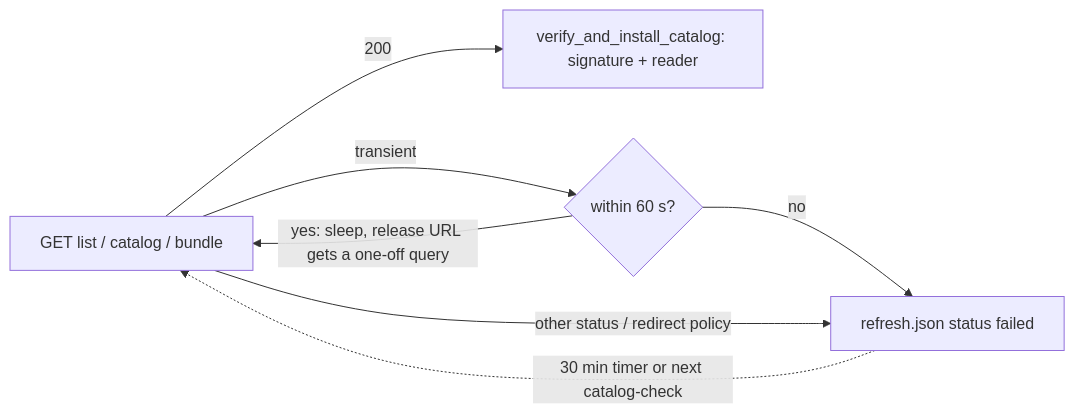
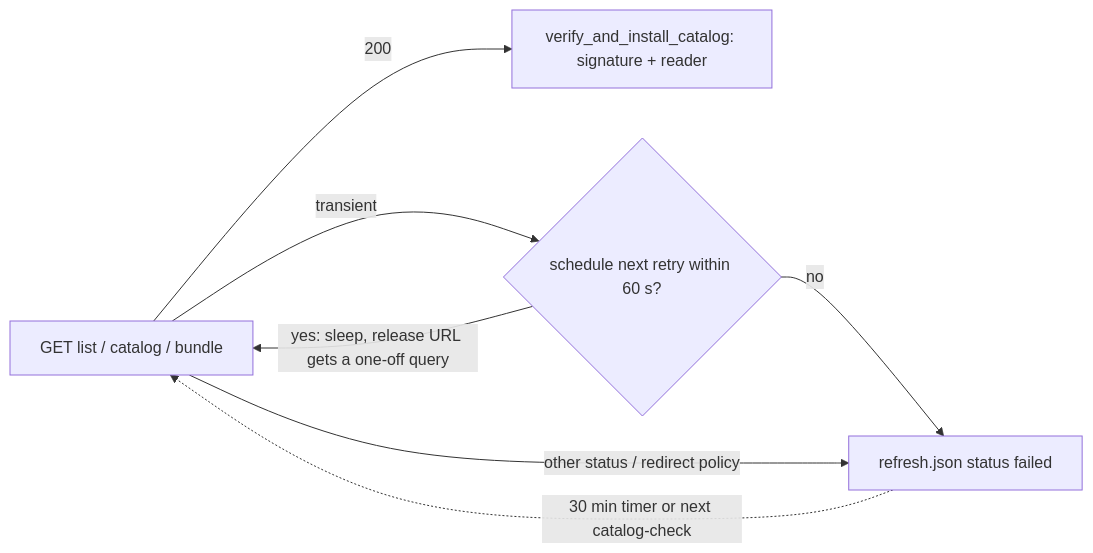
The fourth of 4 diagrams in docs/architecture/modules/runtime/container-update.md (kitepon/BellTeam), drawn with Mermaid before and after one commit. The commit also changed other lines of this file, not shown here.

Commit message:
docs: clarify catalog retry scheduling window

````diff
--- a/docs/architecture/modules/runtime/container-update.md
+++ b/docs/architecture/modules/runtime/container-update.md
@@ -146,9 +146,9 @@
 ```mermaid
 flowchart LR
   Read[GET list / catalog / bundle] -->|200| Verify[verify_and_install_catalog: signature + reader]
-  Read -->|transient| Wait{within 60 s?}
+  Read -->|transient| Wait{schedule next retry within 60 s?}
   Wait -->|yes: sleep, release URL gets a one-off query| Read
   Wait -->|no| Failed[refresh.json status failed]
   Read -->|other status / redirect policy| Failed
   Failed -.->|30 min timer or next catalog-check| Read
 ```
````
